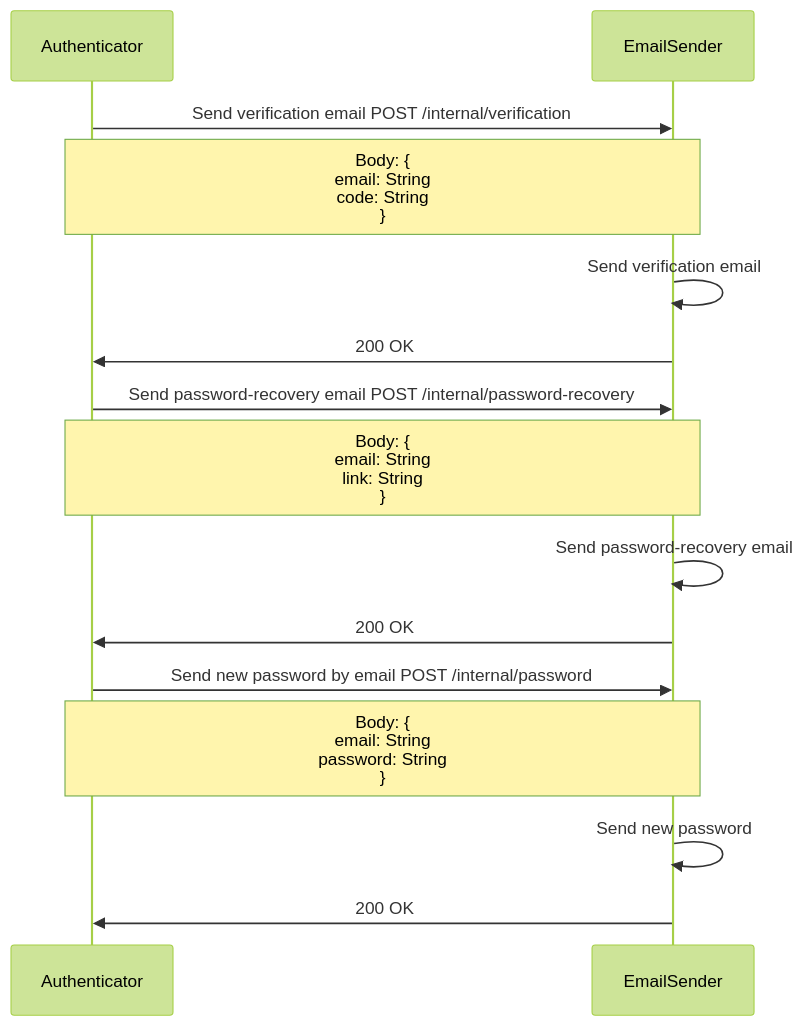
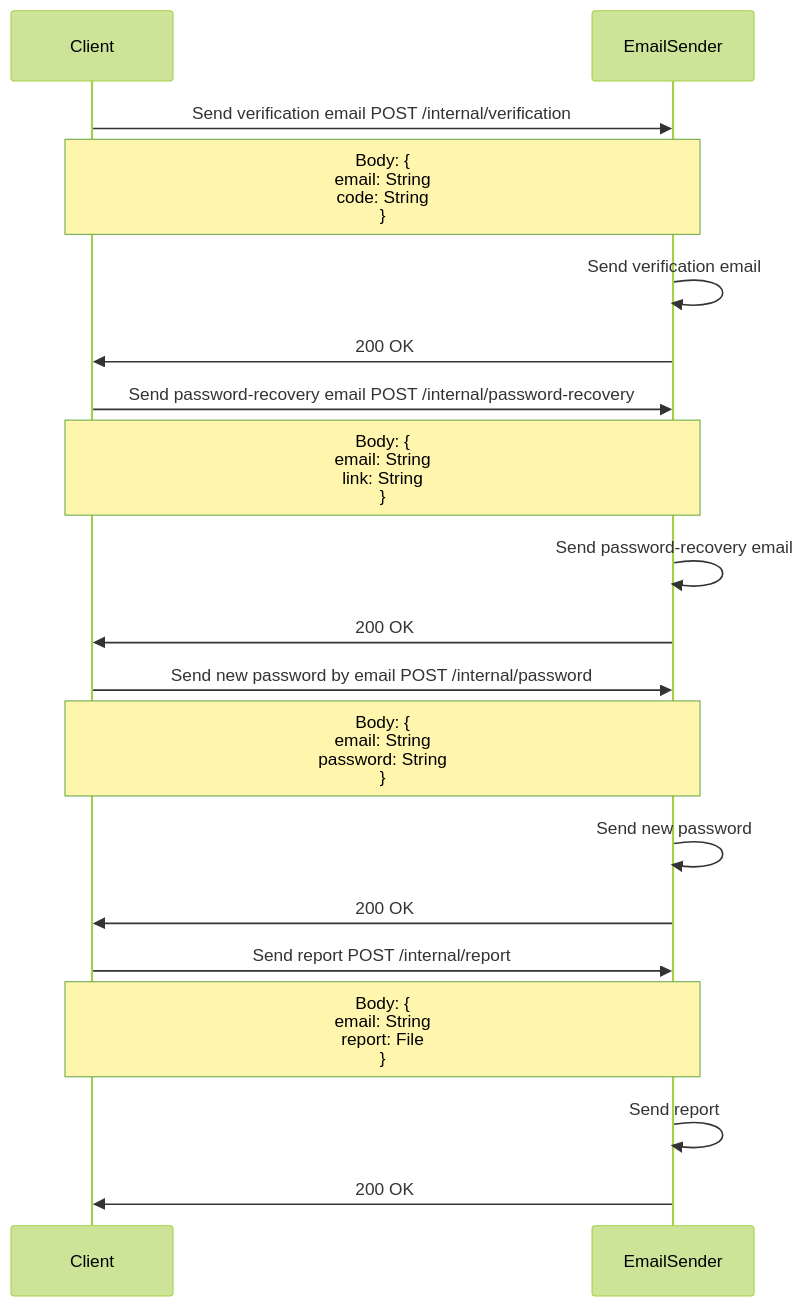
The third of 9 diagrams in docs/contracts.md (Group-Expense-Manager/gem-docs), drawn with Mermaid (forest theme) before and after one commit. The commit also changed other lines of this file and 2 other files, not shown here.

````diff
--- a/docs/contracts.md
+++ b/docs/contracts.md
@@ -172,23 +168,28 @@
 ```mermaid
 sequenceDiagram
 
-    participant Authenticator
+    participant Client
     participant EmailSender
 
-    Authenticator->>EmailSender: Send verification email POST /internal/verification
-    Note over Authenticator,EmailSender:Body: {<br>email: String <br> code: String<br>}
+    Client->>EmailSender: Send verification email POST /internal/verification
+    Note over Client,EmailSender:Body: {<br>email: String <br> code: String<br>}
     EmailSender->>EmailSender:Send verification email
-    EmailSender->>Authenticator: 200 OK
+    EmailSender->>Client: 200 OK
 
-    Authenticator->>EmailSender: Send password-recovery email POST /internal/password-recovery
-    Note over Authenticator,EmailSender:Body: {<br>email: String <br> link: String<br>}
+    Client->>EmailSender: Send password-recovery email POST /internal/password-recovery
+    Note over Client,EmailSender:Body: {<br>email: String <br> link: String<br>}
     EmailSender->>EmailSender:Send password-recovery email
-    EmailSender->>Authenticator: 200 OK
+    EmailSender->>Client: 200 OK
 
 
-    Authenticator->>EmailSender: Send new password by email POST /internal/password
-    Note over Authenticator,EmailSender:Body: {<br>email: String <br> password: String<br>}
+    Client->>EmailSender: Send new password by email POST /internal/password
+    Note over Client,EmailSender:Body: {<br>email: String <br> password: String<br>}
     EmailSender->>EmailSender:Send new password
-    EmailSender->>Authenticator: 200 OK
+    EmailSender->>Client: 200 OK
+    
+    Client->>EmailSender: Send report POST /internal/report
+    Note over Client,EmailSender:Body: {<br>email: String <br> report: File<br>}
+    EmailSender->>EmailSender:Send report
+    EmailSender->>Client: 200 OK
     
 ```
````
